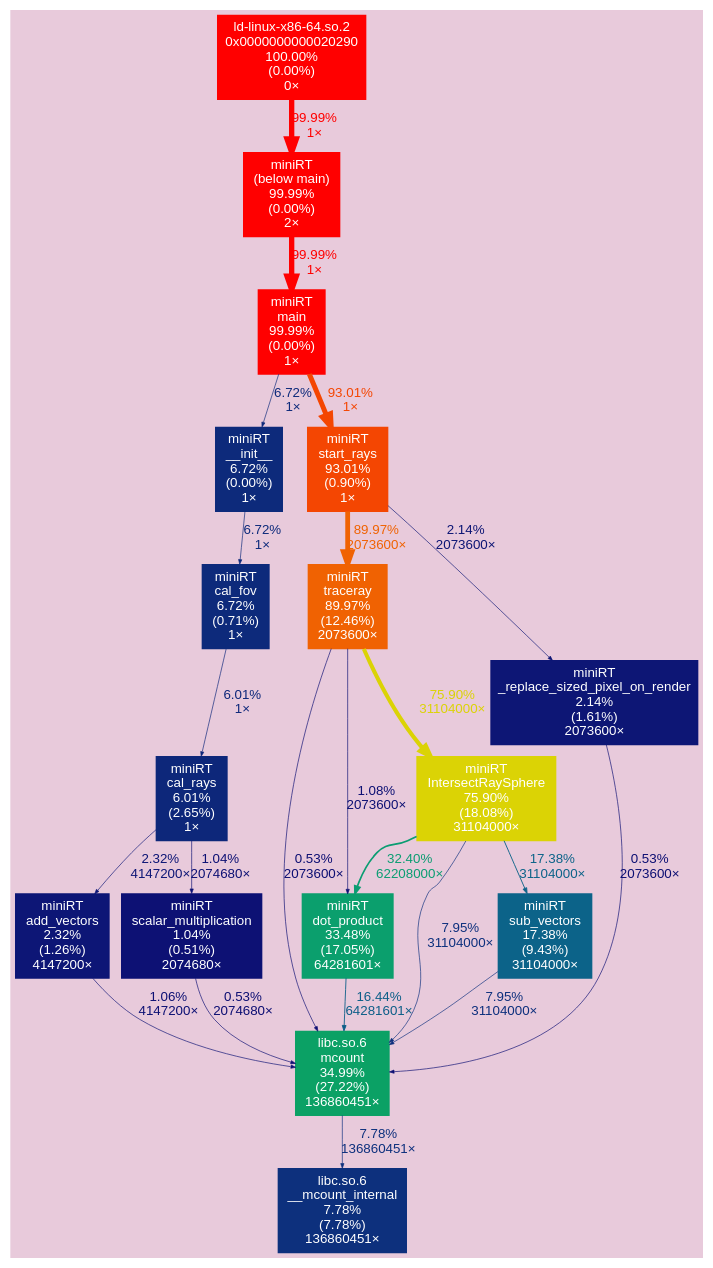
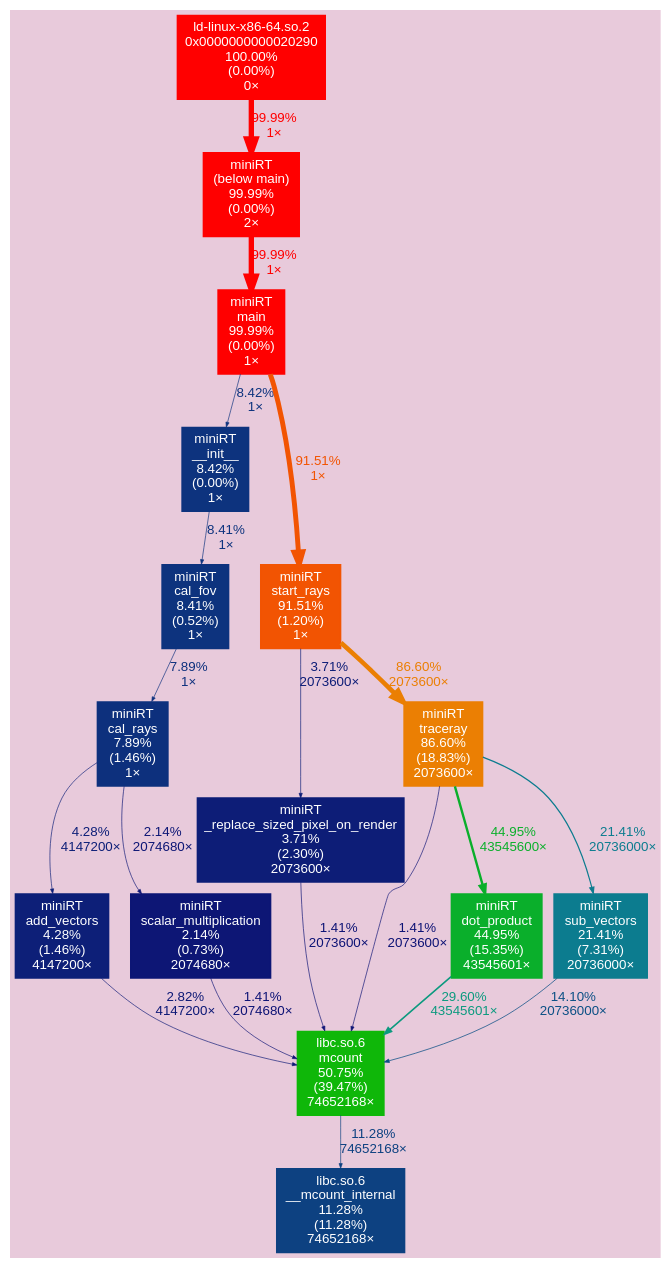
The diagram in out.dot (Miniflint/miniRT), drawn with Graphviz before and after one commit. The commit also changed 12 other files, not shown here.

```diff
--- a/out.dot
+++ b/out.dot
@@ -1,45 +1,41 @@
 digraph {
 	tooltip=" "
 	bgcolor="#E8CADB"
 	graph [fontname=Arial, nodesep=0.125, ranksep=0.25];
 	node [fontcolor=white, fontname=Arial, height=0, shape=box, style=filled, width=0];
 	edge [fontname=Arial];
 	"(below main)" [color="#ff0000", fontcolor="#ffffff", fontsize="10.00", label="miniRT\n(below main)\n99.99%\n(0.00%)\n2×"];
 	"(below main)" -> main [arrowsize="1.00", color="#ff0000", fontcolor="#ff0000", fontsize="10.00", label="99.99%\n1×", labeldistance="4.00", penwidth="4.00"];
 	"0x0000000000020290" [color="#ff0000", fontcolor="#ffffff", fontsize="10.00", label="ld-linux-x86-64.so.2\n0x0000000000020290\n100.00%\n(0.00%)\n0×"];
 	"0x0000000000020290" -> "(below main)" [arrowsize="1.00", color="#ff0000", fontcolor="#ff0000", fontsize="10.00", label="99.99%\n1×", labeldistance="4.00", penwidth="4.00"];
-	IntersectRaySphere [color="#dbd305", fontcolor="#ffffff", fontsize="10.00", label="miniRT\nIntersectRaySphere\n75.90%\n(18.08%)\n31104000×"];
-	IntersectRaySphere -> "dot_product" [arrowsize="0.57", color="#0b9d72", fontcolor="#0b9d72", fontsize="10.00", label="32.40%\n62208000×", labeldistance="1.30", penwidth="1.30"];
-	IntersectRaySphere -> mcount [arrowsize="0.35", color="#0d307d", fontcolor="#0d307d", fontsize="10.00", label="7.95%\n31104000×", labeldistance="0.50", penwidth="0.50"];
-	IntersectRaySphere -> "sub_vectors" [arrowsize="0.42", color="#0c6389", fontcolor="#0c6389", fontsize="10.00", label="17.38%\n31104000×", labeldistance="0.70", penwidth="0.70"];
-	"__init__" [color="#0d2a7b", fontcolor="#ffffff", fontsize="10.00", label="miniRT\n__init__\n6.72%\n(0.00%)\n1×"];
-	"__init__" -> "cal_fov" [arrowsize="0.35", color="#0d2a7b", fontcolor="#0d2a7b", fontsize="10.00", label="6.72%\n1×", labeldistance="0.50", penwidth="0.50"];
-	"__mcount_internal" [color="#0d307d", fontcolor="#ffffff", fontsize="10.00", label="libc.so.6\n__mcount_internal\n7.78%\n(7.78%)\n136860451×"];
-	"_replace_sized_pixel_on_render" [color="#0d1675", fontcolor="#ffffff", fontsize="10.00", label="miniRT\n_replace_sized_pixel_on_render\n2.14%\n(1.61%)\n2073600×"];
-	"_replace_sized_pixel_on_render" -> mcount [arrowsize="0.35", color="#0d0f73", fontcolor="#0d0f73", fontsize="10.00", label="0.53%\n2073600×", labeldistance="0.50", penwidth="0.50"];
-	"add_vectors" [color="#0d1676", fontcolor="#ffffff", fontsize="10.00", label="miniRT\nadd_vectors\n2.32%\n(1.26%)\n4147200×"];
-	"add_vectors" -> mcount [arrowsize="0.35", color="#0d1174", fontcolor="#0d1174", fontsize="10.00", label="1.06%\n4147200×", labeldistance="0.50", penwidth="0.50"];
-	"cal_fov" [color="#0d2a7b", fontcolor="#ffffff", fontsize="10.00", label="miniRT\ncal_fov\n6.72%\n(0.71%)\n1×"];
-	"cal_fov" -> "cal_rays" [arrowsize="0.35", color="#0d277a", fontcolor="#0d277a", fontsize="10.00", label="6.01%\n1×", labeldistance="0.50", penwidth="0.50"];
-	"cal_rays" [color="#0d277a", fontcolor="#ffffff", fontsize="10.00", label="miniRT\ncal_rays\n6.01%\n(2.65%)\n1×"];
-	"cal_rays" -> "add_vectors" [arrowsize="0.35", color="#0d1676", fontcolor="#0d1676", fontsize="10.00", label="2.32%\n4147200×", labeldistance="0.50", penwidth="0.50"];
-	"cal_rays" -> "scalar_multiplication" [arrowsize="0.35", color="#0d1174", fontcolor="#0d1174", fontsize="10.00", label="1.04%\n2074680×", labeldistance="0.50", penwidth="0.50"];
-	"dot_product" [color="#0b9f6d", fontcolor="#ffffff", fontsize="10.00", label="miniRT\ndot_product\n33.48%\n(17.05%)\n64281601×"];
-	"dot_product" -> mcount [arrowsize="0.41", color="#0c5e88", fontcolor="#0c5e88", fontsize="10.00", label="16.44%\n64281601×", labeldistance="0.66", penwidth="0.66"];
+	"__init__" [color="#0d337e", fontcolor="#ffffff", fontsize="10.00", label="miniRT\n__init__\n8.42%\n(0.00%)\n1×"];
+	"__init__" -> "cal_fov" [arrowsize="0.35", color="#0d337e", fontcolor="#0d337e", fontsize="10.00", label="8.41%\n1×", labeldistance="0.50", penwidth="0.50"];
+	"__mcount_internal" [color="#0d4181", fontcolor="#ffffff", fontsize="10.00", label="libc.so.6\n__mcount_internal\n11.28%\n(11.28%)\n74652168×"];
+	"_replace_sized_pixel_on_render" [color="#0d1d77", fontcolor="#ffffff", fontsize="10.00", label="miniRT\n_replace_sized_pixel_on_render\n3.71%\n(2.30%)\n2073600×"];
+	"_replace_sized_pixel_on_render" -> mcount [arrowsize="0.35", color="#0d1375", fontcolor="#0d1375", fontsize="10.00", label="1.41%\n2073600×", labeldistance="0.50", penwidth="0.50"];
+	"add_vectors" [color="#0d1f78", fontcolor="#ffffff", fontsize="10.00", label="miniRT\nadd_vectors\n4.28%\n(1.46%)\n4147200×"];
+	"add_vectors" -> mcount [arrowsize="0.35", color="#0d1976", fontcolor="#0d1976", fontsize="10.00", label="2.82%\n4147200×", labeldistance="0.50", penwidth="0.50"];
+	"cal_fov" [color="#0d337e", fontcolor="#ffffff", fontsize="10.00", label="miniRT\ncal_fov\n8.41%\n(0.52%)\n1×"];
+	"cal_fov" -> "cal_rays" [arrowsize="0.35", color="#0d307d", fontcolor="#0d307d", fontsize="10.00", label="7.89%\n1×", labeldistance="0.50", penwidth="0.50"];
+	"cal_rays" [color="#0d307d", fontcolor="#ffffff", fontsize="10.00", label="miniRT\ncal_rays\n7.89%\n(1.46%)\n1×"];
+	"cal_rays" -> "add_vectors" [arrowsize="0.35", color="#0d1f78", fontcolor="#0d1f78", fontsize="10.00", label="4.28%\n4147200×", labeldistance="0.50", penwidth="0.50"];
+	"cal_rays" -> "scalar_multiplication" [arrowsize="0.35", color="#0d1675", fontcolor="#0d1675", fontsize="10.00", label="2.14%\n2074680×", labeldistance="0.50", penwidth="0.50"];
+	"dot_product" [color="#0aaf2b", fontcolor="#ffffff", fontsize="10.00", label="miniRT\ndot_product\n44.95%\n(15.35%)\n43545601×"];
+	"dot_product" -> mcount [arrowsize="0.54", color="#0c9a7f", fontcolor="#0c9a7f", fontsize="10.00", label="29.60%\n43545601×", labeldistance="1.18", penwidth="1.18"];
 	main [color="#ff0000", fontcolor="#ffffff", fontsize="10.00", label="miniRT\nmain\n99.99%\n(0.00%)\n1×"];
-	main -> "__init__" [arrowsize="0.35", color="#0d2a7b", fontcolor="#0d2a7b", fontsize="10.00", label="6.72%\n1×", labeldistance="0.50", penwidth="0.50"];
-	main -> "start_rays" [arrowsize="0.96", color="#f44602", fontcolor="#f44602", fontsize="10.00", label="93.01%\n1×", labeldistance="3.72", penwidth="3.72"];
-	mcount [color="#0ba165", fontcolor="#ffffff", fontsize="10.00", label="libc.so.6\nmcount\n34.99%\n(27.22%)\n136860451×"];
-	mcount -> "__mcount_internal" [arrowsize="0.35", color="#0d307d", fontcolor="#0d307d", fontsize="10.00", label="7.78%\n136860451×", labeldistance="0.50", penwidth="0.50"];
-	"scalar_multiplication" [color="#0d1174", fontcolor="#ffffff", fontsize="10.00", label="miniRT\nscalar_multiplication\n1.04%\n(0.51%)\n2074680×"];
-	"scalar_multiplication" -> mcount [arrowsize="0.35", color="#0d0f73", fontcolor="#0d0f73", fontsize="10.00", label="0.53%\n2074680×", labeldistance="0.50", penwidth="0.50"];
-	"start_rays" [color="#f44602", fontcolor="#ffffff", fontsize="10.00", label="miniRT\nstart_rays\n93.01%\n(0.90%)\n1×"];
-	"start_rays" -> "_replace_sized_pixel_on_render" [arrowsize="0.35", color="#0d1675", fontcolor="#0d1675", fontsize="10.00", label="2.14%\n2073600×", labeldistance="0.50", penwidth="0.50"];
-	"start_rays" -> traceray [arrowsize="0.95", color="#f06202", fontcolor="#f06202", fontsize="10.00", label="89.97%\n2073600×", labeldistance="3.60", penwidth="3.60"];
-	"sub_vectors" [color="#0c6389", fontcolor="#ffffff", fontsize="10.00", label="miniRT\nsub_vectors\n17.38%\n(9.43%)\n31104000×"];
-	"sub_vectors" -> mcount [arrowsize="0.35", color="#0d307d", fontcolor="#0d307d", fontsize="10.00", label="7.95%\n31104000×", labeldistance="0.50", penwidth="0.50"];
-	traceray [color="#f06202", fontcolor="#ffffff", fontsize="10.00", label="miniRT\ntraceray\n89.97%\n(12.46%)\n2073600×"];
-	traceray -> IntersectRaySphere [arrowsize="0.87", color="#dbd305", fontcolor="#dbd305", fontsize="10.00", label="75.90%\n31104000×", labeldistance="3.04", penwidth="3.04"];
-	traceray -> "dot_product" [arrowsize="0.35", color="#0d1174", fontcolor="#0d1174", fontsize="10.00", label="1.08%\n2073600×", labeldistance="0.50", penwidth="0.50"];
-	traceray -> mcount [arrowsize="0.35", color="#0d0f73", fontcolor="#0d0f73", fontsize="10.00", label="0.53%\n2073600×", labeldistance="0.50", penwidth="0.50"];
+	main -> "__init__" [arrowsize="0.35", color="#0d337e", fontcolor="#0d337e", fontsize="10.00", label="8.42%\n1×", labeldistance="0.50", penwidth="0.50"];
+	main -> "start_rays" [arrowsize="0.96", color="#f25402", fontcolor="#f25402", fontsize="10.00", label="91.51%\n1×", labeldistance="3.66", penwidth="3.66"];
+	mcount [color="#0fb709", fontcolor="#ffffff", fontsize="10.00", label="libc.so.6\nmcount\n50.75%\n(39.47%)\n74652168×"];
+	mcount -> "__mcount_internal" [arrowsize="0.35", color="#0d4181", fontcolor="#0d4181", fontsize="10.00", label="11.28%\n74652168×", labeldistance="0.50", penwidth="0.50"];
+	"scalar_multiplication" [color="#0d1675", fontcolor="#ffffff", fontsize="10.00", label="miniRT\nscalar_multiplication\n2.14%\n(0.73%)\n2074680×"];
+	"scalar_multiplication" -> mcount [arrowsize="0.35", color="#0d1375", fontcolor="#0d1375", fontsize="10.00", label="1.41%\n2074680×", labeldistance="0.50", penwidth="0.50"];
+	"start_rays" [color="#f25402", fontcolor="#ffffff", fontsize="10.00", label="miniRT\nstart_rays\n91.51%\n(1.20%)\n1×"];
+	"start_rays" -> "_replace_sized_pixel_on_render" [arrowsize="0.35", color="#0d1d77", fontcolor="#0d1d77", fontsize="10.00", label="3.71%\n2073600×", labeldistance="0.50", penwidth="0.50"];
+	"start_rays" -> traceray [arrowsize="0.93", color="#eb7f03", fontcolor="#eb7f03", fontsize="10.00", label="86.60%\n2073600×", labeldistance="3.46", penwidth="3.46"];
+	"sub_vectors" [color="#0c7c8f", fontcolor="#ffffff", fontsize="10.00", label="miniRT\nsub_vectors\n21.41%\n(7.31%)\n20736000×"];
+	"sub_vectors" -> mcount [arrowsize="0.38", color="#0c5085", fontcolor="#0c5085", fontsize="10.00", label="14.10%\n20736000×", labeldistance="0.56", penwidth="0.56"];
+	traceray [color="#eb7f03", fontcolor="#ffffff", fontsize="10.00", label="miniRT\ntraceray\n86.60%\n(18.83%)\n2073600×"];
+	traceray -> "dot_product" [arrowsize="0.67", color="#0aaf2b", fontcolor="#0aaf2b", fontsize="10.00", label="44.95%\n43545600×", labeldistance="1.80", penwidth="1.80"];
+	traceray -> mcount [arrowsize="0.35", color="#0d1375", fontcolor="#0d1375", fontsize="10.00", label="1.41%\n2073600×", labeldistance="0.50", penwidth="0.50"];
+	traceray -> "sub_vectors" [arrowsize="0.46", color="#0c7c8f", fontcolor="#0c7c8f", fontsize="10.00", label="21.41%\n20736000×", labeldistance="0.86", penwidth="0.86"];
 }
```
